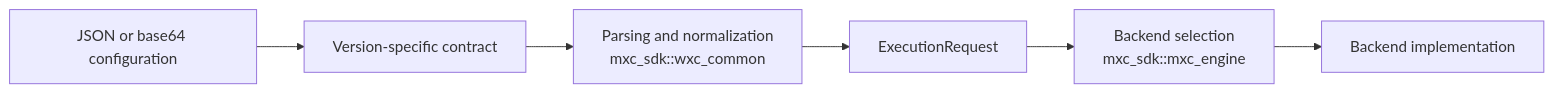
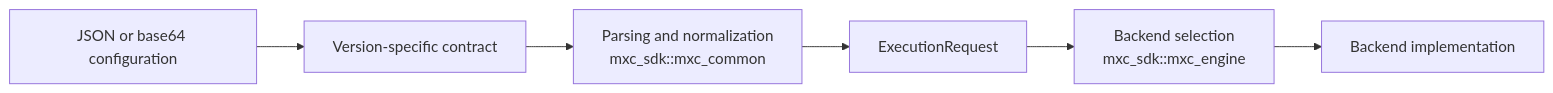
One commit to microsoft/mxc changed the first of 2 diagrams in docs/architecture.md. Above: the diagram before and after it, drawn with Mermaid. The commit also changed other lines of this file and 337 other files, not shown here.

First line of the commit message:
Rename consolidated common module to mxc_common

````diff
--- a/docs/architecture.md
+++ b/docs/architecture.md
@@ -66,11 +66,11 @@
 ```mermaid
 flowchart LR
     config["JSON or base64 configuration"]
     contract["Version-specific contract"]
-    common["Parsing and normalization<br/>mxc_sdk::wxc_common"]
+    common["Parsing and normalization<br/>mxc_sdk::mxc_common"]
     request["ExecutionRequest"]
     engine["Backend selection<br/>mxc_sdk::mxc_engine"]
     backend["Backend implementation"]
 
     config --> contract --> common --> request --> engine --> backend
 ```
````
